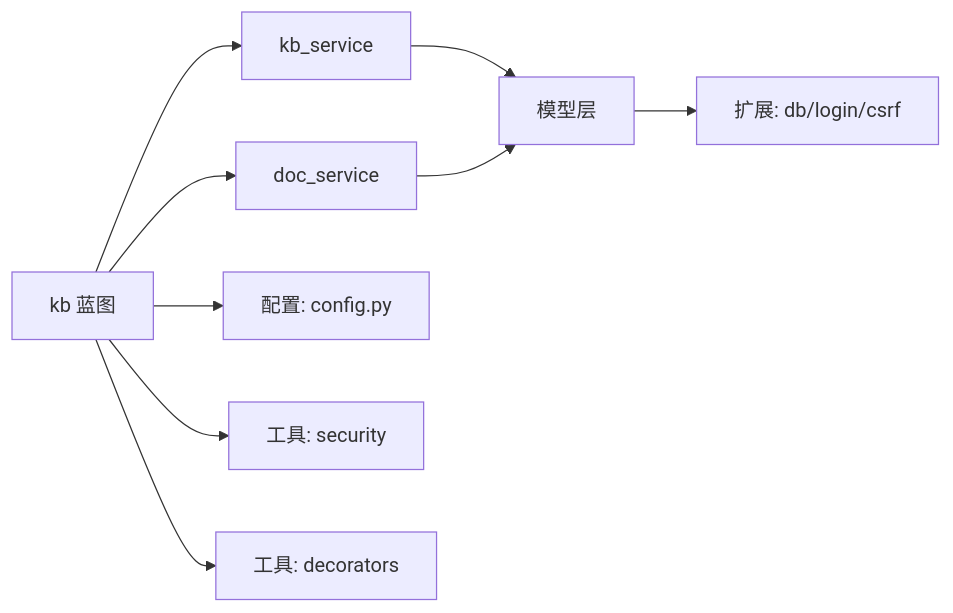
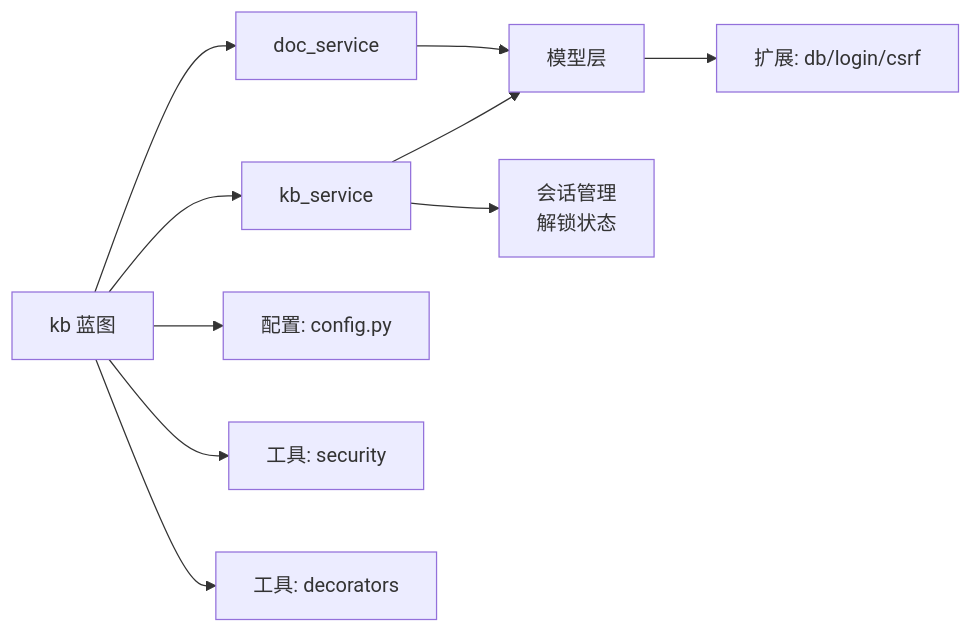
The eighth of 8 diagrams in .qoder/repowiki/zh/content/架构设计/蓝图系统设计/知识库蓝图 (Knowledge Base Blueprint).md (beyondalbert/my_wiki), drawn with Mermaid before and after one commit. The commit also changed other lines of this file and 4 other files, not shown here.

````diff
--- a/.qoder/repowiki/zh/content/架构设计/蓝图系统设计/知识库蓝图 (Knowledge Base Blueprint).md
+++ b/.qoder/repowiki/zh/content/架构设计/蓝图系统设计/知识库蓝图 (Knowledge Base Blueprint).md
@@ -348,11 +437,12 @@
 ```mermaid
 graph LR
 KB_BP["kb 蓝图"] --> KB_SVC["kb_service"]
 KB_BP --> DOC_SVC["doc_service"]
 KB_SVC --> MODELS["模型层"]
 DOC_SVC --> MODELS
 MODELS --> EXT["扩展: db/login/csrf"]
 KB_BP --> CFG["配置: config.py"]
 KB_BP --> SEC["工具: security"]
 KB_BP --> DEC["工具: decorators"]
+KB_SVC --> SESSION["会话管理<br/>解锁状态"]
 ```
````
